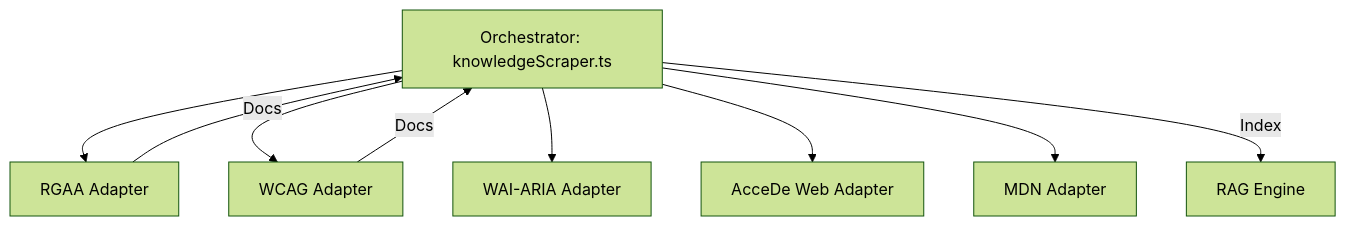
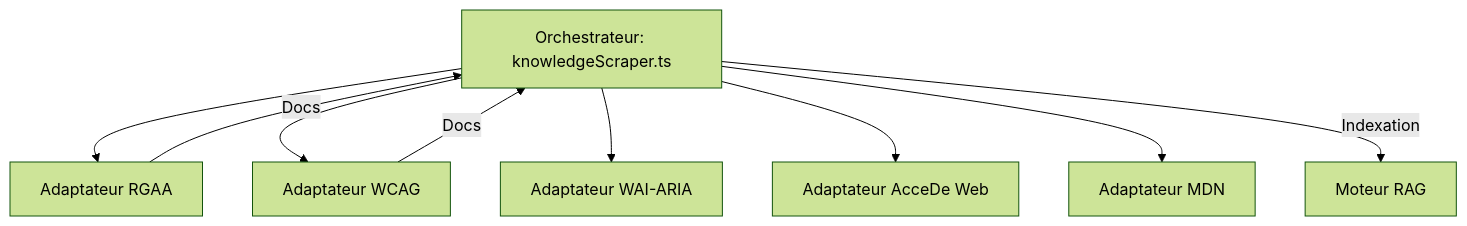
One commit to kchami77/rgaa-extractor changed the diagram in docs/technical_sheets/04_scraper_framework.md. Above: the diagram before and after it, drawn with Mermaid (forest theme). The commit also changed other lines of this file and 4 other files, not shown here.

````diff
--- a/docs/technical_sheets/04_scraper_framework.md
+++ b/docs/technical_sheets/04_scraper_framework.md
@@ -12,12 +12,12 @@
 ```mermaid
 graph TD
-    Orc[Orchestrator: knowledgeScraper.ts] --> RGAA[RGAA Adapter]
-    Orc --> WCAG[WCAG Adapter]
-    Orc --> ARIA[WAI-ARIA Adapter]
-    Orc --> Accede[AcceDe Web Adapter]
-    Orc --> MDN[MDN Adapter]
+    Orc[Orchestrateur: knowledgeScraper.ts] --> RGAA[Adaptateur RGAA]
+    Orc --> WCAG[Adaptateur WCAG]
+    Orc --> ARIA[Adaptateur WAI-ARIA]
+    Orc --> Accede[Adaptateur AcceDe Web]
+    Orc --> MDN[Adaptateur MDN]
     
     RGAA -->|Docs| Orc
     WCAG -->|Docs| Orc
-    Orc -->|Index| RAG[RAG Engine]
+    Orc -->|Indexation| RAG[Moteur RAG]
 ```
````
